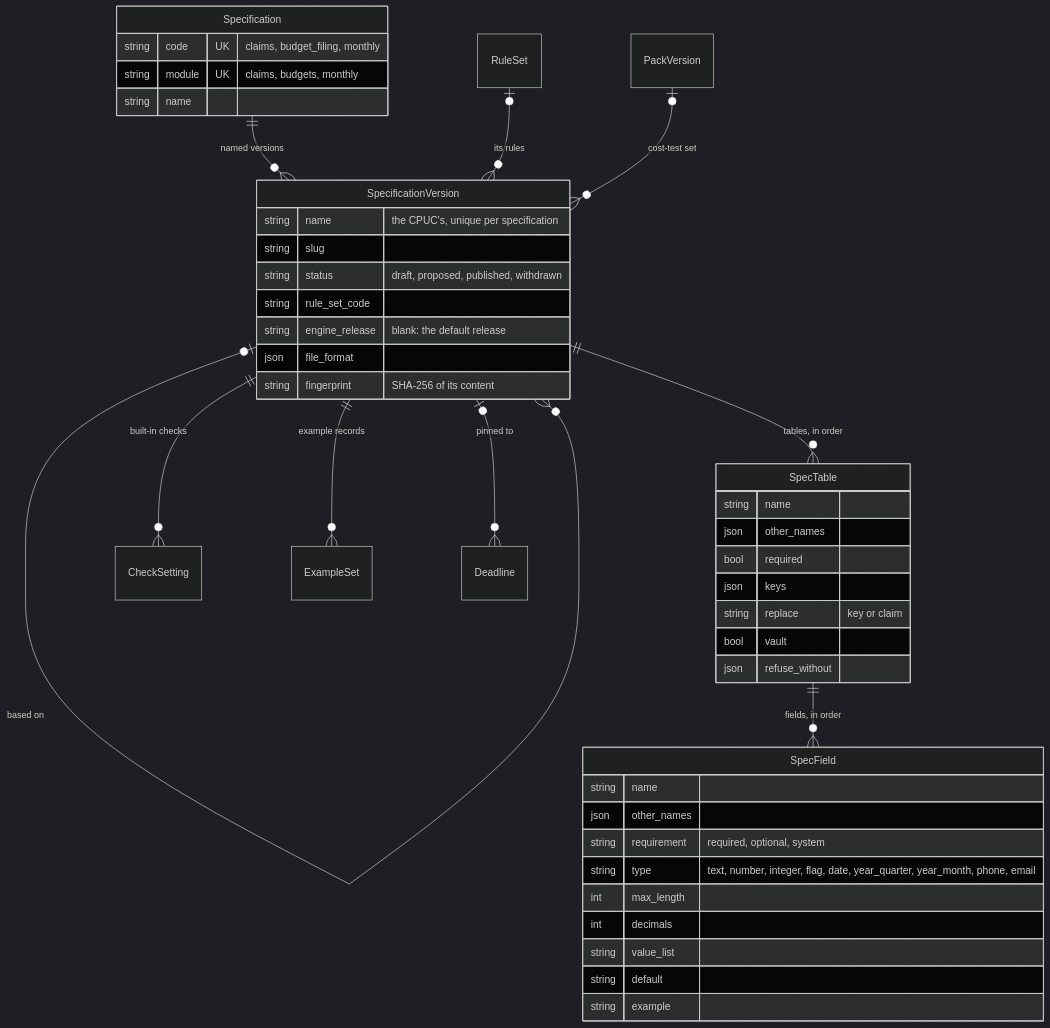
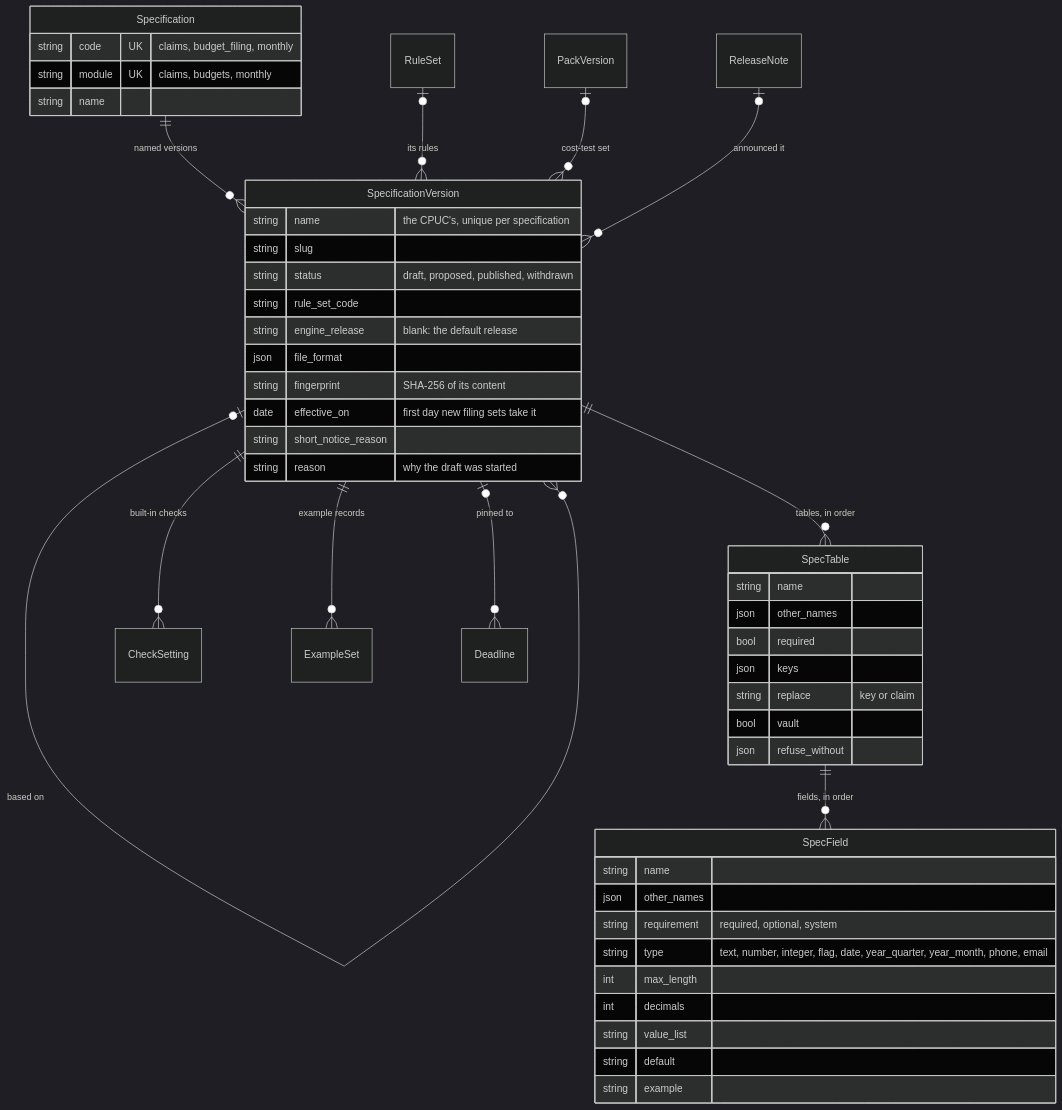
The tenth of 25 diagrams in docs/ARCHITECTURE_AS_BUILT.md (JRichardson-PGE/CEDARS-Platform), drawn with Mermaid (dark theme) before and after one commit. The commit also changed other lines of this file and 42 other files, not shown here.

First line of the commit message:
Edit filing specifications: drafts, fields, locks, publish with notice

````diff
--- a/docs/ARCHITECTURE_AS_BUILT.md
+++ b/docs/ARCHITECTURE_AS_BUILT.md
@@ -545,46 +547,50 @@
 ```mermaid
 erDiagram
   Specification ||--o{ SpecificationVersion : "named versions"
   SpecificationVersion |o--o{ SpecificationVersion : "based on"
   SpecificationVersion ||--o{ SpecTable : "tables, in order"
   SpecTable ||--o{ SpecField : "fields, in order"
   SpecificationVersion ||--o{ CheckSetting : "built-in checks"
   SpecificationVersion ||--o{ ExampleSet : "example records"
   RuleSet |o--o{ SpecificationVersion : "its rules"
   PackVersion |o--o{ SpecificationVersion : "cost-test set"
   SpecificationVersion |o--o{ Deadline : "pinned to"
+  ReleaseNote |o--o{ SpecificationVersion : "announced it"
   Specification {
     string code UK "claims, budget_filing, monthly"
     string module UK "claims, budgets, monthly"
     string name
   }
   SpecificationVersion {
     string name "the CPUC's, unique per specification"
     string slug
     string status "draft, proposed, published, withdrawn"
     string rule_set_code
     string engine_release "blank: the default release"
     json file_format
     string fingerprint "SHA-256 of its content"
+    date effective_on "first day new filing sets take it"
+    string short_notice_reason
+    string reason "why the draft was started"
   }
   SpecTable {
     string name
     json other_names
     bool required
     json keys
     string replace "key or claim"
     bool vault
     json refuse_without
   }
   SpecField {
     string name
     json other_names
     string requirement "required, optional, system"
     string type "text, number, integer, flag, date, year_quarter, year_month, phone, email"
     int max_length
     int decimals
     string value_list
     string default
     string example
   }
 ```
````
